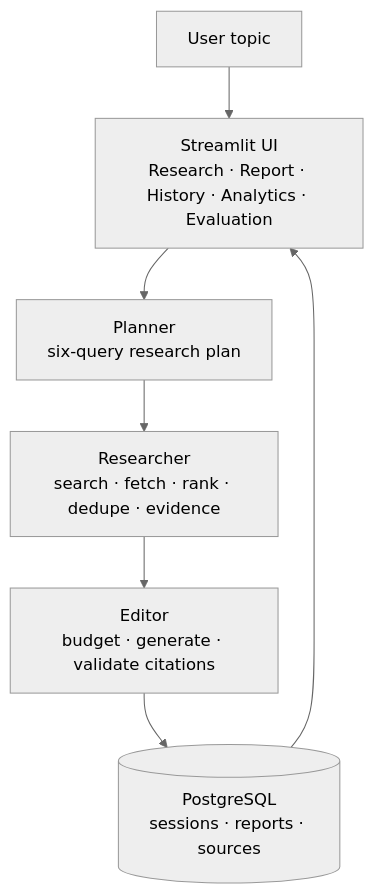
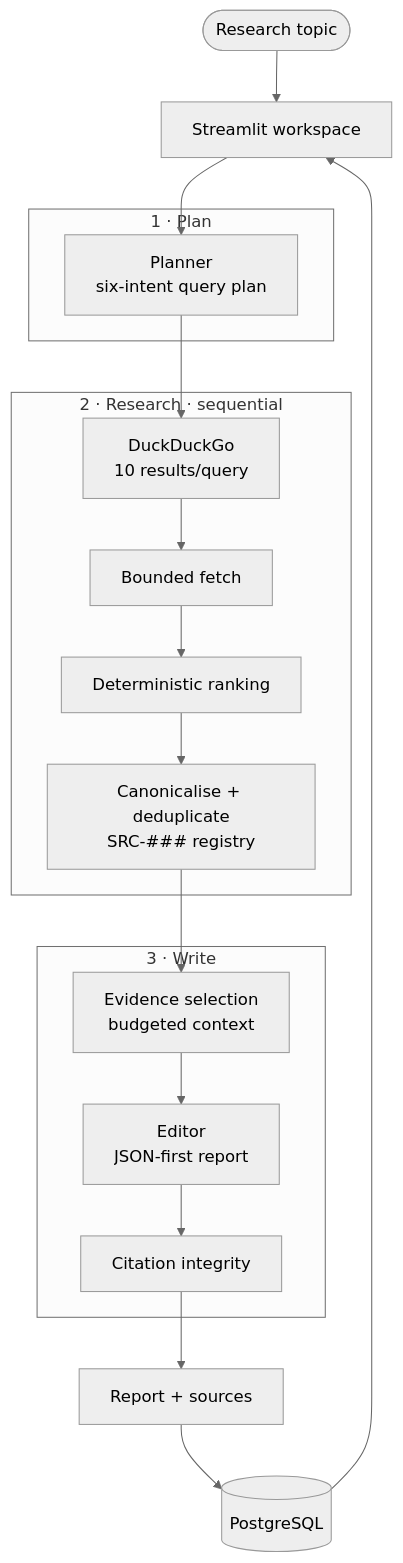
One commit to Reddiah16/AI-Research-Agent changed the diagram in README.MD. Above: the diagram before and after it, drawn with Mermaid (neutral theme). The commit also changed other lines of this file, not shown here.

````diff
--- a/README.MD
+++ b/README.MD
@@ -30,9 +45,21 @@
 ```mermaid
 flowchart TD
-    U[User topic] --> UI[Streamlit UI<br/>Research · Report · History · Analytics · Evaluation]
-    UI --> P[Planner<br/>six-query research plan]
-    P --> R[Researcher<br/>search · fetch · rank · dedupe · evidence]
-    R --> E[Editor<br/>budget · generate · validate citations]
-    E --> DB[(PostgreSQL<br/>sessions · reports · sources)]
+    T([Research topic]) --> UI[Streamlit workspace]
+
+    subgraph PLAN [1 · Plan]
+        P[Planner<br/>six-intent query plan]
+    end
+
+    subgraph RESEARCH [2 · Research · sequential]
+        Q[DuckDuckGo<br/>10 results/query] --> F[Bounded fetch] --> R[Deterministic ranking] --> D[Canonicalise + deduplicate<br/>SRC-### registry]
+    end
+
+    subgraph WRITE [3 · Write]
+        S[Evidence selection<br/>budgeted context] --> E[Editor<br/>JSON-first report] --> C[Citation integrity]
+    end
+
+    UI --> P --> Q
+    D --> S
+    C --> REP[Report + sources] --> DB[(PostgreSQL)]
     DB --> UI
 ```
````
